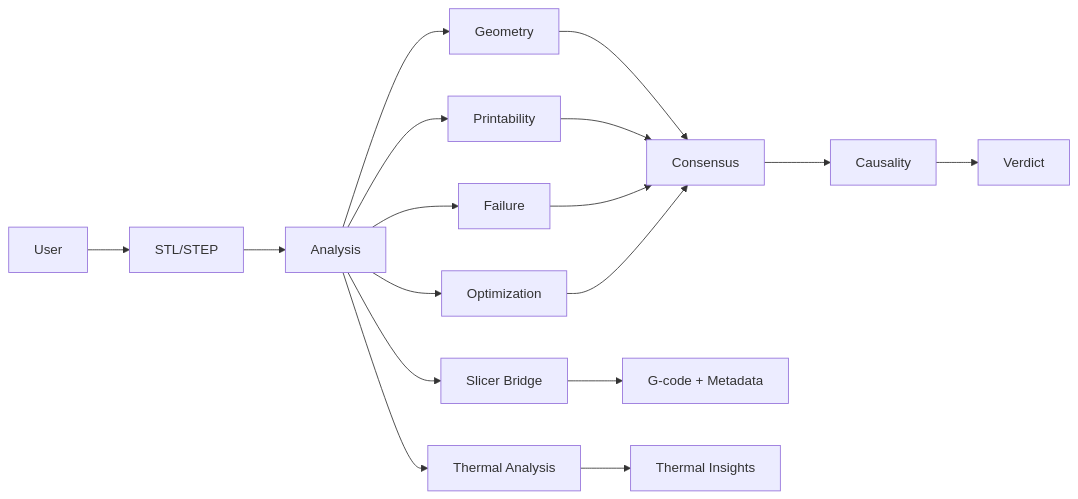
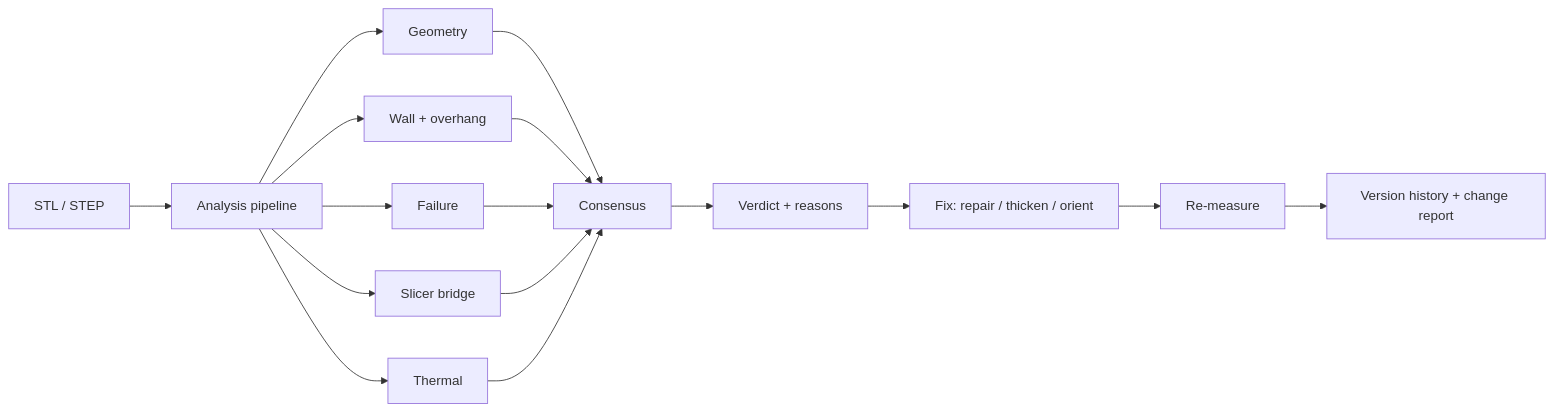
The diagram in README.md (BougieZoe/3DP-Agent-), drawn with Mermaid before and after one commit. The commit also changed other lines of this file and 9 other files, not shown here.

````diff
--- a/README.md
+++ b/README.md
@@ -237,25 +160,18 @@
 ```mermaid
 flowchart LR
-
-User --> STL[STL/STEP]
-
-STL --> Analysis
-
-Analysis --> Geometry
-Analysis --> Printability
-Analysis --> Failure
-Analysis --> Optimization
-Analysis --> Slicer[Slicer Bridge]
-Analysis --> Thermal[Thermal Analysis]
-
-Geometry --> Consensus
-Printability --> Consensus
-Failure --> Consensus
-Optimization --> Consensus
-Slicer --> GCode[G-code + Metadata]
-Thermal --> ThermalResult[Thermal Insights]
-
-Consensus --> Causality
-
-Causality --> Verdict
+  U[STL / STEP] --> P[Analysis pipeline]
+  P --> G[Geometry]
+  P --> W[Wall + overhang]
+  P --> F[Failure]
+  P --> S[Slicer bridge]
+  P --> T[Thermal]
+  G --> C[Consensus]
+  W --> C
+  F --> C
+  S --> C
+  T --> C
+  C --> V[Verdict + reasons]
+  V --> X[Fix: repair / thicken / orient]
+  X --> M[Re-measure]
+  M --> H[Version history + change report]
 ```
````
